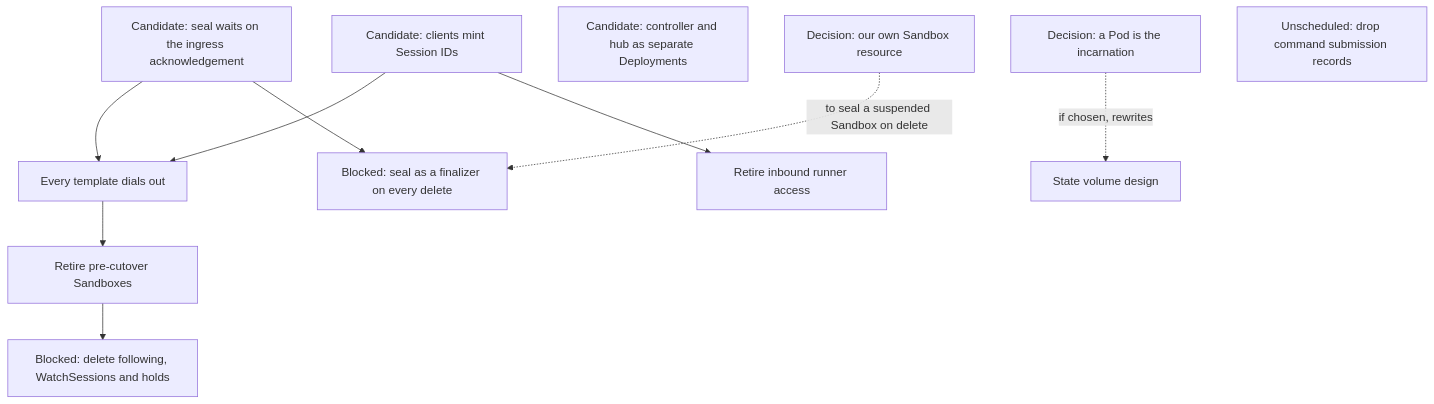
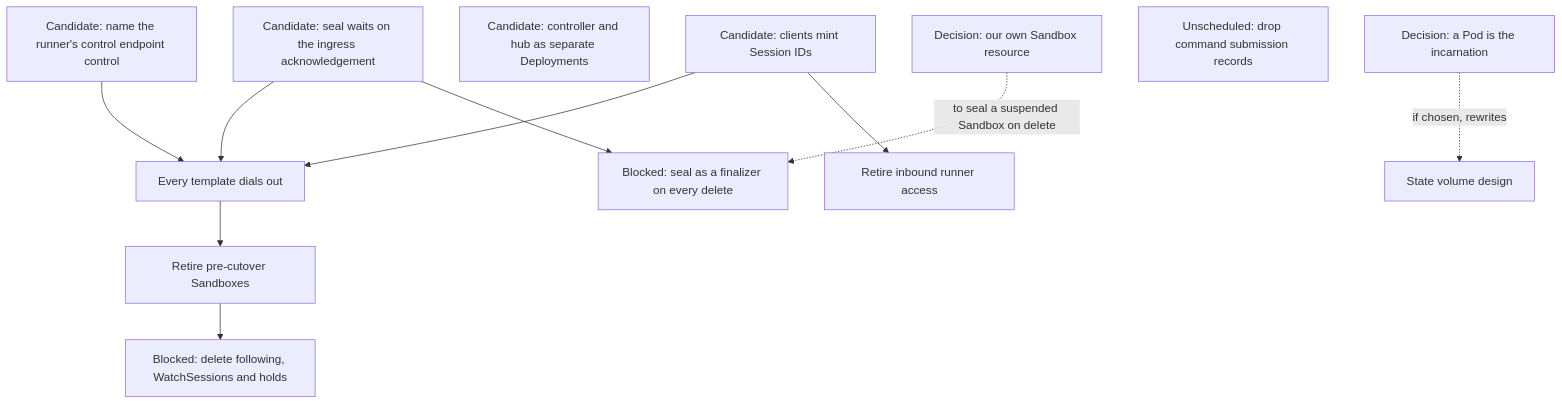
Diagram 12 of 12 in agentplane/plans/task_dag.md (agentydragon-agent/ducktape), drawn with Mermaid before and after one commit. The commit also changed other lines of this file, not shown here.

````diff
--- a/agentplane/plans/task_dag.md
+++ b/agentplane/plans/task_dag.md
@@ -874,21 +921,23 @@
 ```mermaid
 flowchart TD
     CLIENT_SESSION_IDS[Candidate: clients mint Session IDs]
     SEAL_ON_INGRESS_ACK[Candidate: seal waits on the ingress acknowledgement]
     RUNNER_OUTBOUND_ROLLOUT[Every template dials out]
     LEGACY_SANDBOX_RETIRE[Retire pre-cutover Sandboxes]
     FOLLOW_PATH_RETIRE[Blocked: delete following, WatchSessions and holds]
     SANDBOX_SERVICE_DEPLOYMENT_SPLIT[Candidate: controller and hub as separate Deployments]
     AGENTPLANE_SANDBOX_RESOURCE[Decision: our own Sandbox resource]
     POD_INCARNATION[Decision: a Pod is the incarnation]
     SEAL_FINALIZER[Blocked: seal as a finalizer on every delete]
     COMMAND_RECORDS_RETIRE[Unscheduled: drop command submission records]
+    RUNNER_CONTROL_RENAME[Candidate: name the runner's control endpoint control]
+    RUNNER_CONTROL_RENAME --> RUNNER_OUTBOUND_ROLLOUT
     CLIENT_SESSION_IDS --> RUNNER_OUTBOUND_ROLLOUT
     CLIENT_SESSION_IDS --> RUNNER_INBOUND_RETIRE[Retire inbound runner access]
     SEAL_ON_INGRESS_ACK --> RUNNER_OUTBOUND_ROLLOUT
     RUNNER_OUTBOUND_ROLLOUT --> LEGACY_SANDBOX_RETIRE
     LEGACY_SANDBOX_RETIRE --> FOLLOW_PATH_RETIRE
     SEAL_ON_INGRESS_ACK --> SEAL_FINALIZER
     AGENTPLANE_SANDBOX_RESOURCE -. to seal a suspended Sandbox on delete .-> SEAL_FINALIZER
     POD_INCARNATION -. if chosen, rewrites .-> SESSION_STATE_VOLUME_DESIGN[State volume design]
 ```
````
